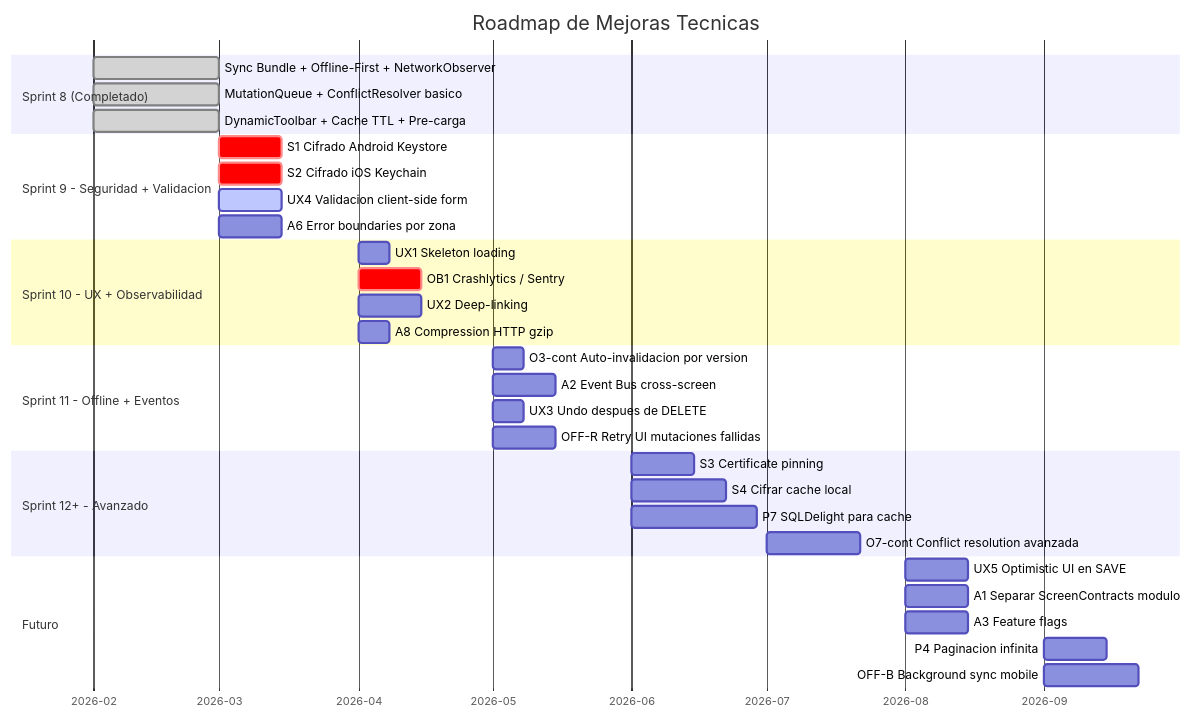
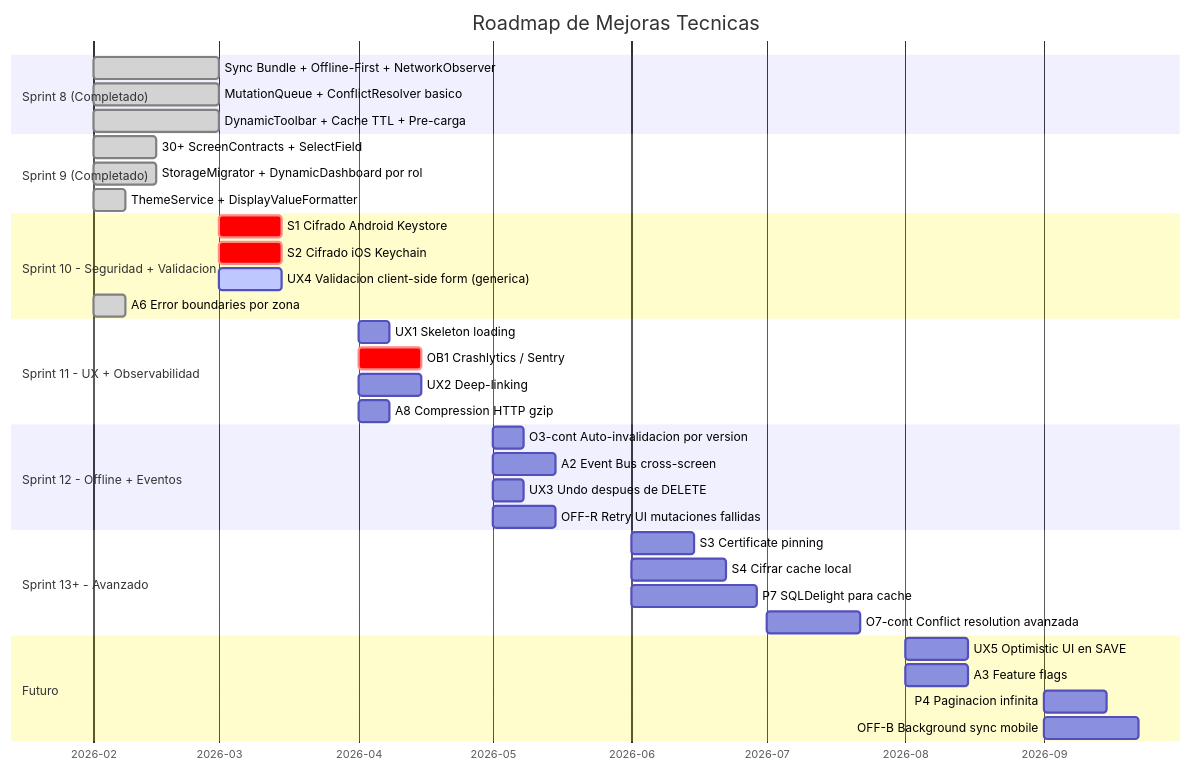
The ninth of 9 diagrams in docs/flujos-arquitectura/09-mejoras-propuestas.md (EduGoGroup/EduUi-KMP), drawn with Mermaid before and after one commit. The commit also changed other lines of this file and 9 other files, not shown here.

First line of the commit message:
docs: update architecture docs with ZoneErrorBoundary (A6 completed)

````diff
--- a/docs/flujos-arquitectura/09-mejoras-propuestas.md
+++ b/docs/flujos-arquitectura/09-mejoras-propuestas.md
@@ -519,42 +529,46 @@
 ```mermaid
 gantt
     title Roadmap de Mejoras Tecnicas
     dateFormat YYYY-MM
     axisFormat %Y-%m
 
     section Sprint 8 (Completado)
     Sync Bundle + Offline-First + NetworkObserver  :done, s8a, 2026-02, 4w
     MutationQueue + ConflictResolver basico        :done, s8b, 2026-02, 4w
     DynamicToolbar + Cache TTL + Pre-carga         :done, s8c, 2026-02, 4w
 
-    section Sprint 9 - Seguridad + Validacion
-    S1 Cifrado Android Keystore                    :crit, s9a, 2026-03, 2w
-    S2 Cifrado iOS Keychain                        :crit, s9b, 2026-03, 2w
-    UX4 Validacion client-side form                :active, s9c, 2026-03, 2w
-    A6 Error boundaries por zona                   :s9d, 2026-03, 2w
+    section Sprint 9 (Completado)
+    30+ ScreenContracts + SelectField              :done, s9a, 2026-02, 2w
+    StorageMigrator + DynamicDashboard por rol     :done, s9b, 2026-02, 2w
+    ThemeService + DisplayValueFormatter           :done, s9c, 2026-02, 1w
 
-    section Sprint 10 - UX + Observabilidad
-    UX1 Skeleton loading                           :s10a, 2026-04, 1w
-    OB1 Crashlytics / Sentry                       :crit, s10b, 2026-04, 2w
-    UX2 Deep-linking                               :s10c, 2026-04, 2w
-    A8 Compression HTTP gzip                       :s10d, 2026-04, 1w
+    section Sprint 10 - Seguridad + Validacion
+    S1 Cifrado Android Keystore                    :crit, s10a, 2026-03, 2w
+    S2 Cifrado iOS Keychain                        :crit, s10b, 2026-03, 2w
+    UX4 Validacion client-side form (generica)     :active, s10c, 2026-03, 2w
+    A6 Error boundaries por zona                   :done, s10d, 2026-02, 1w
 
-    section Sprint 11 - Offline + Eventos
-    O3-cont Auto-invalidacion por version          :s11a, 2026-05, 1w
-    A2 Event Bus cross-screen                      :s11b, 2026-05, 2w
-    UX3 Undo despues de DELETE                     :s11c, 2026-05, 1w
-    OFF-R Retry UI mutaciones fallidas             :s11d, 2026-05, 2w
+    section Sprint 11 - UX + Observabilidad
+    UX1 Skeleton loading                           :s11a, 2026-04, 1w
+    OB1 Crashlytics / Sentry                       :crit, s11b, 2026-04, 2w
+    UX2 Deep-linking                               :s11c, 2026-04, 2w
+    A8 Compression HTTP gzip                       :s11d, 2026-04, 1w
 
-    section Sprint 12+ - Avanzado
-    S3 Certificate pinning                         :s12a, 2026-06, 2w
-    S4 Cifrar cache local                          :s12b, 2026-06, 3w
-    P7 SQLDelight para cache                       :s12c, 2026-06, 4w
-    O7-cont Conflict resolution avanzada           :s12d, 2026-07, 3w
+    section Sprint 12 - Offline + Eventos
+    O3-cont Auto-invalidacion por version          :s12a, 2026-05, 1w
+    A2 Event Bus cross-screen                      :s12b, 2026-05, 2w
+    UX3 Undo despues de DELETE                     :s12c, 2026-05, 1w
+    OFF-R Retry UI mutaciones fallidas             :s12d, 2026-05, 2w
+
+    section Sprint 13+ - Avanzado
+    S3 Certificate pinning                         :s13a, 2026-06, 2w
+    S4 Cifrar cache local                          :s13b, 2026-06, 3w
+    P7 SQLDelight para cache                       :s13c, 2026-06, 4w
+    O7-cont Conflict resolution avanzada           :s13d, 2026-07, 3w
 
     section Futuro
     UX5 Optimistic UI en SAVE                      :sf1, 2026-08, 2w
-    A1 Separar ScreenContracts modulo              :sf2, 2026-08, 2w
     A3 Feature flags                               :sf3, 2026-08, 2w
     P4 Paginacion infinita                         :sf4, 2026-09, 2w
     OFF-B Background sync mobile                   :sf5, 2026-09, 3w
 ```
````
